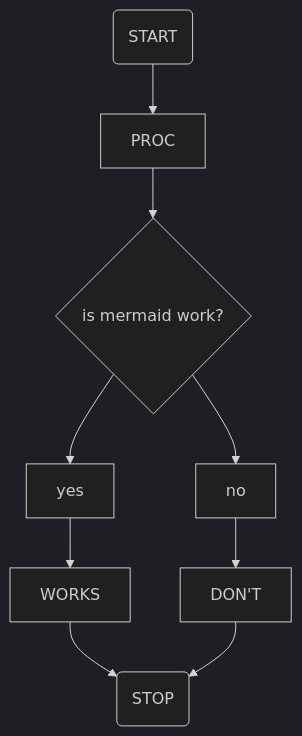
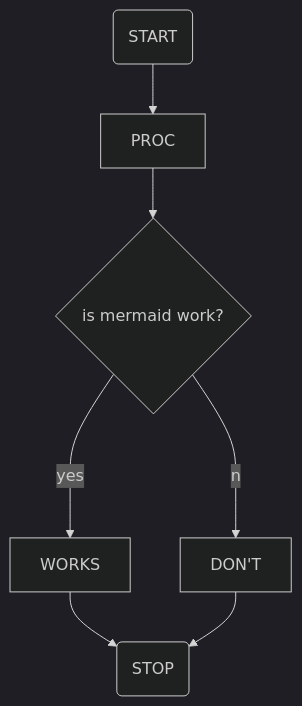
Before and after one commit to syemetsgit/testpub: the diagram in README.md, drawn with Mermaid (dark theme).

Commit message:
mermaid OK+

````diff
--- a/README.md
+++ b/README.md
@@ -3,9 +3,9 @@
 ```mermaid
   graph TD
   A(START)-->B[PROC]
   B-->C{is mermaid work?}
-  C-->yes-->W[WORKS]
-  C-->no-->N[DON'T]
+  C--yes-->W[WORKS]
+  C--no-->N[DON'T]
   W-->F(STOP)
   N-->F
 ```
````
